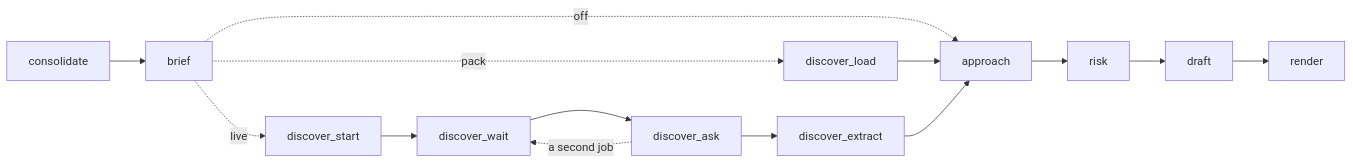
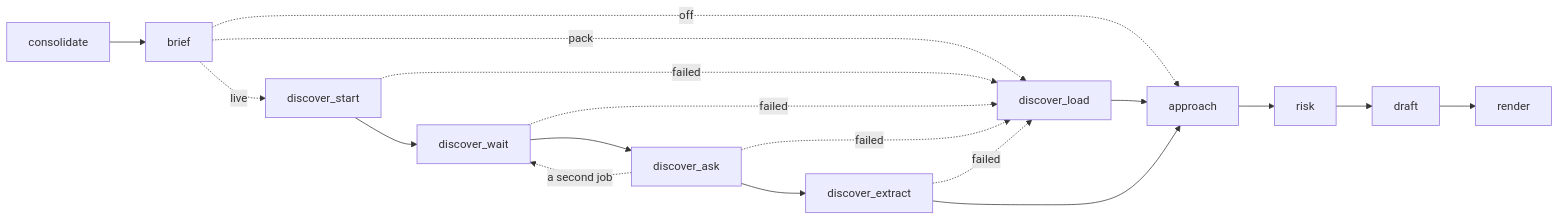
One commit to chouaibhoues-code/bidwright-rfp-agent changed the diagram in docs/designs/iteration-2.md. Above: the diagram before and after it, drawn with Mermaid. The commit also changed other lines of this file and 2 other files, not shown here.

````diff
--- a/docs/designs/iteration-2.md
+++ b/docs/designs/iteration-2.md
@@ -53,10 +57,14 @@
 ```mermaid
 flowchart LR
     consolidate --> brief
     brief -.->|off| approach
     brief -.->|pack| discover_load --> approach
     brief -.->|live| discover_start --> discover_wait --> discover_ask
     discover_ask -.->|a second job| discover_wait
     discover_ask --> discover_extract --> approach
+    discover_start -.->|failed| discover_load
+    discover_wait -.->|failed| discover_load
+    discover_ask -.->|failed| discover_load
+    discover_extract -.->|failed| discover_load
     approach --> risk --> draft --> render
 ```
````
